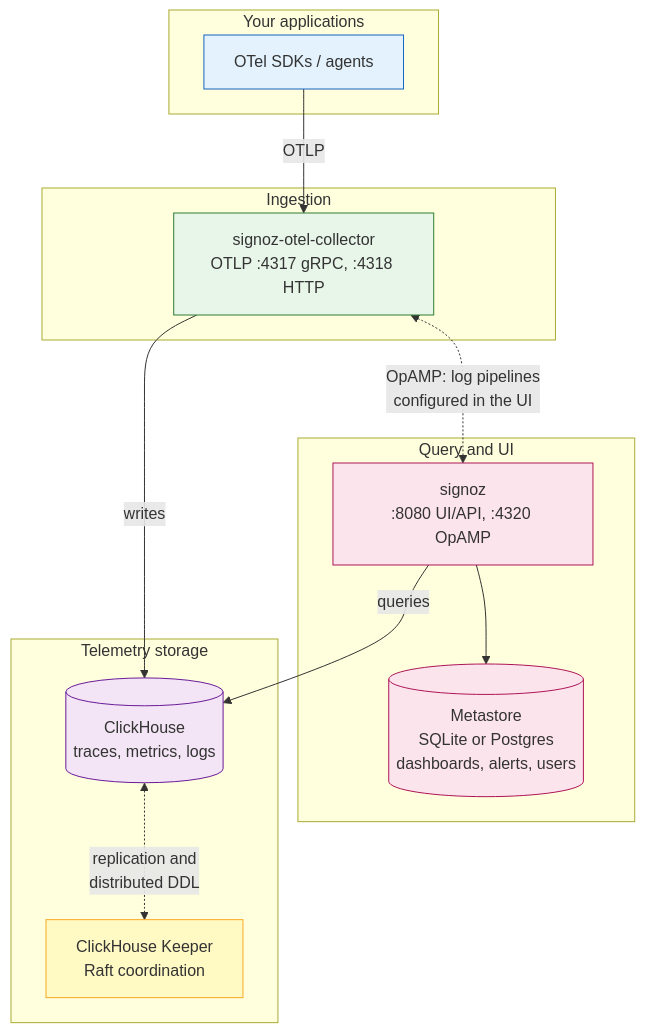
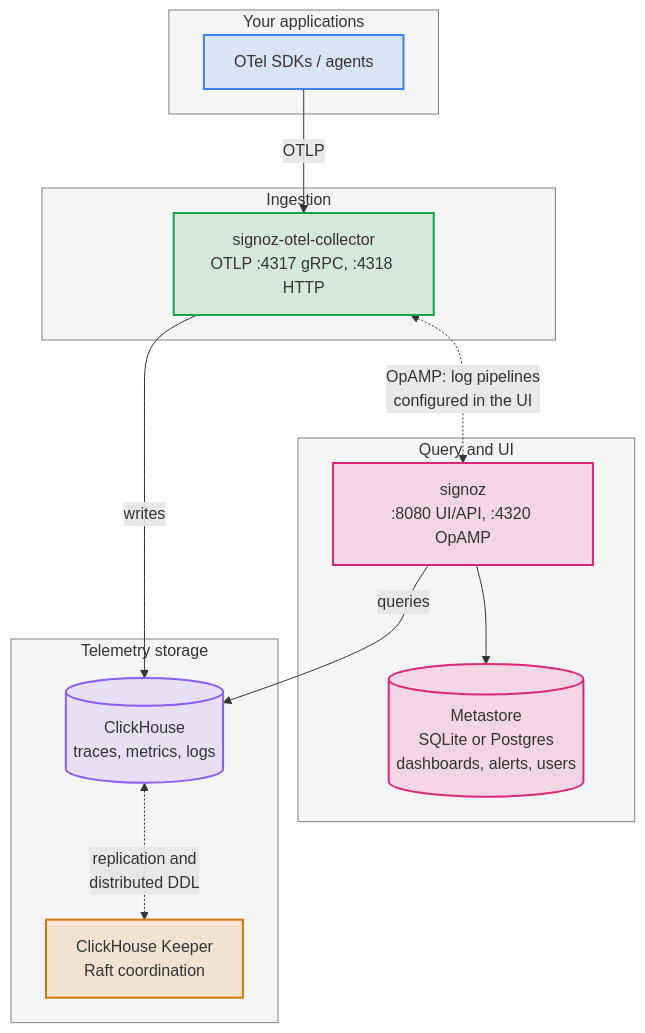
One commit to thaithienvanid/signoz-clickhouse-keeper changed the first of 2 diagrams in README.md. Above: the diagram before and after it, drawn with Mermaid. The commit also changed other lines of this file and 1 other file, not shown here.

````diff
--- a/README.md
+++ b/README.md
@@ -63,34 +63,43 @@
 ```mermaid
 graph TB
     subgraph clients["Your applications"]
         SDK["OTel SDKs / agents"]
     end
 
     subgraph ingest["Ingestion"]
         COL["signoz-otel-collector<br/>OTLP :4317 gRPC, :4318 HTTP"]
     end
 
     subgraph query["Query and UI"]
         SIG["signoz<br/>:8080 UI/API, :4320 OpAMP"]
         META[("Metastore<br/>SQLite or Postgres<br/>dashboards, alerts, users")]
     end
 
     subgraph storage["Telemetry storage"]
         CH[("ClickHouse<br/>traces, metrics, logs")]
         KPR["ClickHouse Keeper<br/>Raft coordination"]
     end
 
     SDK -->|OTLP| COL
     COL -->|writes| CH
     COL <-.->|OpAMP: log pipelines<br/>configured in the UI| SIG
     SIG -->|queries| CH
     SIG --> META
     CH <-.->|replication and<br/>distributed DDL| KPR
 
-    style SDK fill:#e3f2fd,stroke:#1565c0
-    style COL fill:#e8f5e9,stroke:#2e7d32
-    style SIG fill:#fce4ec,stroke:#ad1457
-    style META fill:#fce4ec,stroke:#ad1457
-    style CH fill:#f3e5f5,stroke:#6a1b9a
-    style KPR fill:#fff9c4,stroke:#f9a825
+    classDef client fill:#3b82f626,stroke:#3b82f6,stroke-width:2px
+    classDef ingest fill:#16a34a26,stroke:#16a34a,stroke-width:2px
+    classDef query fill:#db277726,stroke:#db2777,stroke-width:2px
+    classDef storage fill:#8b5cf626,stroke:#8b5cf6,stroke-width:2px
+    classDef coord fill:#d9770626,stroke:#d97706,stroke-width:2px
+
+    class SDK client
+    class COL ingest
+    class SIG,META query
+    class CH storage
+    class KPR coord
+    style clients fill:#80808014,stroke:#808080
+    style ingest fill:#80808014,stroke:#808080
+    style query fill:#80808014,stroke:#808080
+    style storage fill:#80808014,stroke:#808080
 ```
````
